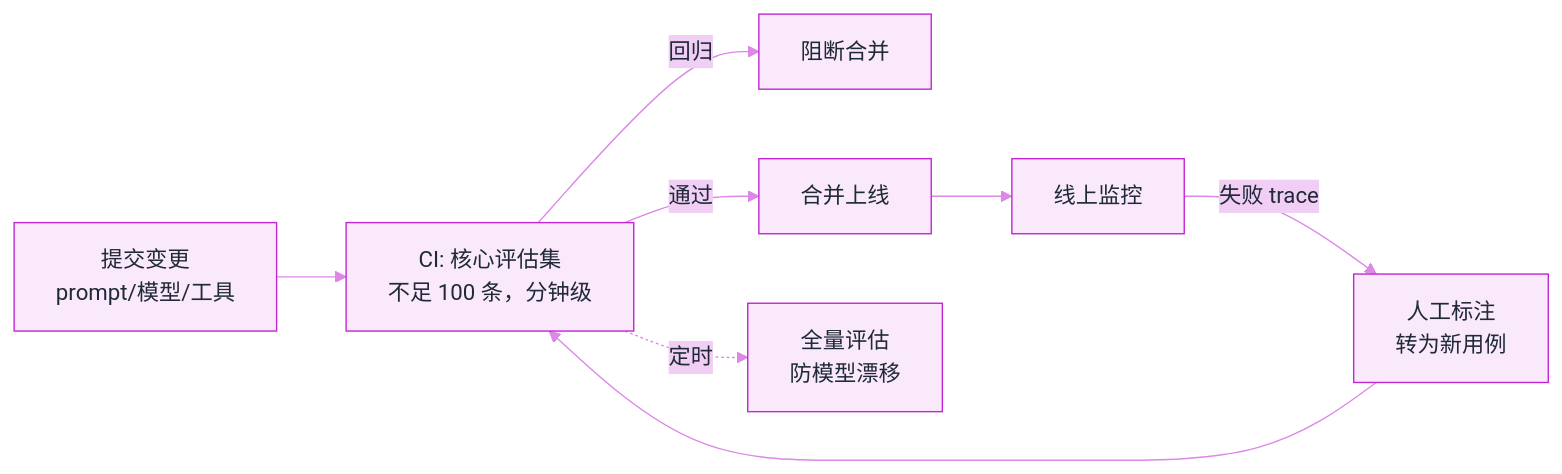
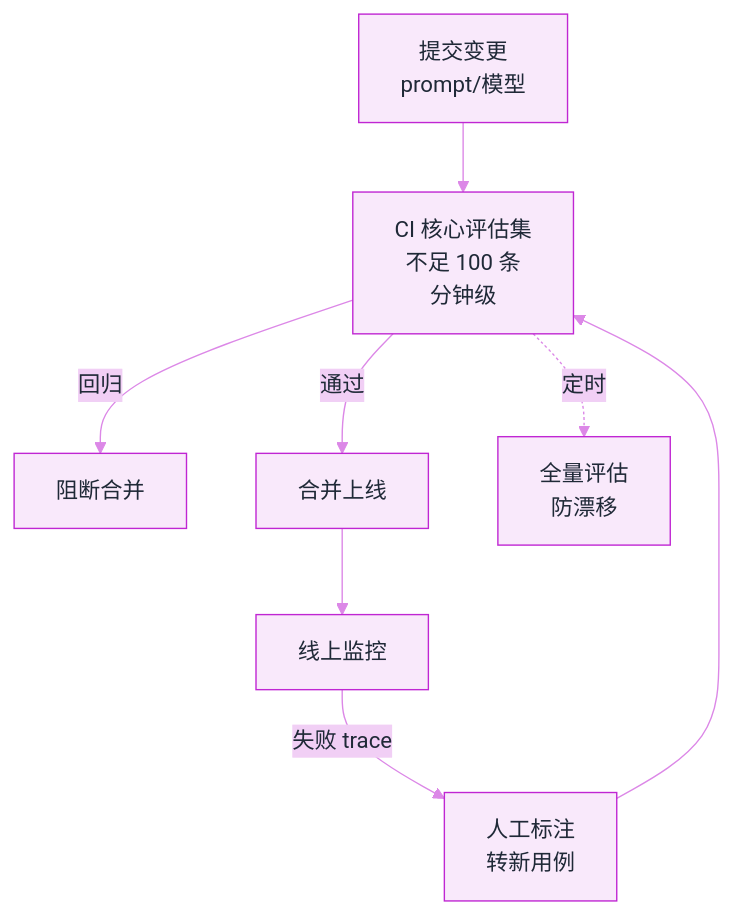
Before and after one commit to funny8kids/ai-agent-handbook: the diagram in docs/11-engineering/continuous-evaluation.md, drawn with Mermaid. The commit also changed other lines of this file and 45 other files, not shown here.

First line of the commit message:
Thicken 12 thin pages, clear 25 over-width diagrams, re-proportion 10 thin-ribbon diagrams

````diff
--- a/docs/11-engineering/continuous-evaluation.md
+++ b/docs/11-engineering/continuous-evaluation.md
@@ -74,11 +74,11 @@
 ```mermaid
 %%{init: {"theme":"base","themeVariables":{"primaryColor":"#F9E9FB","primaryBorderColor":"#C026D3","primaryTextColor":"#1F2937","secondaryColor":"#F1CFF5","tertiaryColor":"#FCF6FD","lineColor":"#DC88E7","actorBkg":"#FAEEFB","actorBorder":"#C026D3","actorTextColor":"#1F2937","signalColor":"#D367E0","noteBkgColor":"#F4D8F7","noteBorderColor":"#C026D3","noteTextColor":"#1F2937","labelBoxBkgColor":"#F9E9FB","labelBoxBorderColor":"#C026D3"}}}%%
-flowchart LR
-  A[提交变更<br/>prompt/模型/工具] --> B["CI: 核心评估集<br/>不足 100 条，分钟级"]
+flowchart TB
+  A[提交变更<br/>prompt/模型] --> B[CI 核心评估集<br/>不足 100 条<br/>分钟级]
   B -- 回归 --> X[阻断合并]
   B -- 通过 --> C[合并上线]
   C --> D[线上监控]
-  D -- 失败 trace --> E[人工标注<br/>转为新用例]
+  D -- 失败 trace --> E[人工标注<br/>转新用例]
   E --> B
-  B -.定时.-> F[全量评估<br/>防模型漂移]
+  B -.定时.-> F[全量评估<br/>防漂移]
 ```
````
